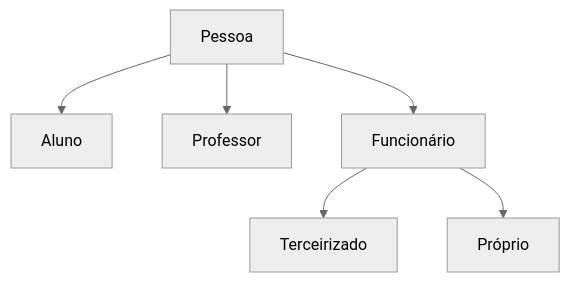
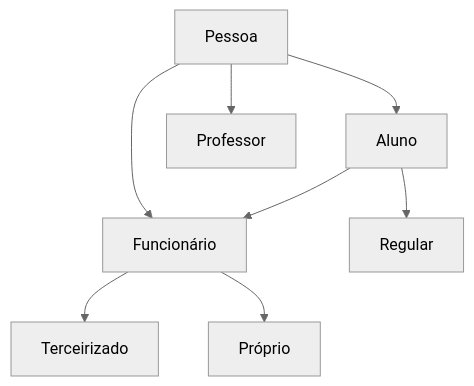
One commit to mrother/fatec changed the diagram in 4sem/POO/2019-04-01.md. Above: the diagram before and after it, drawn with Mermaid (neutral theme). The commit also changed other lines of this file, not shown here.

````diff
--- a/4sem/POO/2019-04-01.md
+++ b/4sem/POO/2019-04-01.md
@@ -16,9 +17,11 @@
 ```mermaid
 graph TD
     B[Pessoa]
     B-->C[Aluno]
     B-->D[Professor]
     B-->E[Funcionário]
+    C-->H[Regular]
+    C-->
     E-->F[Terceirizado]
     E-->G[Próprio]
 ```
````
